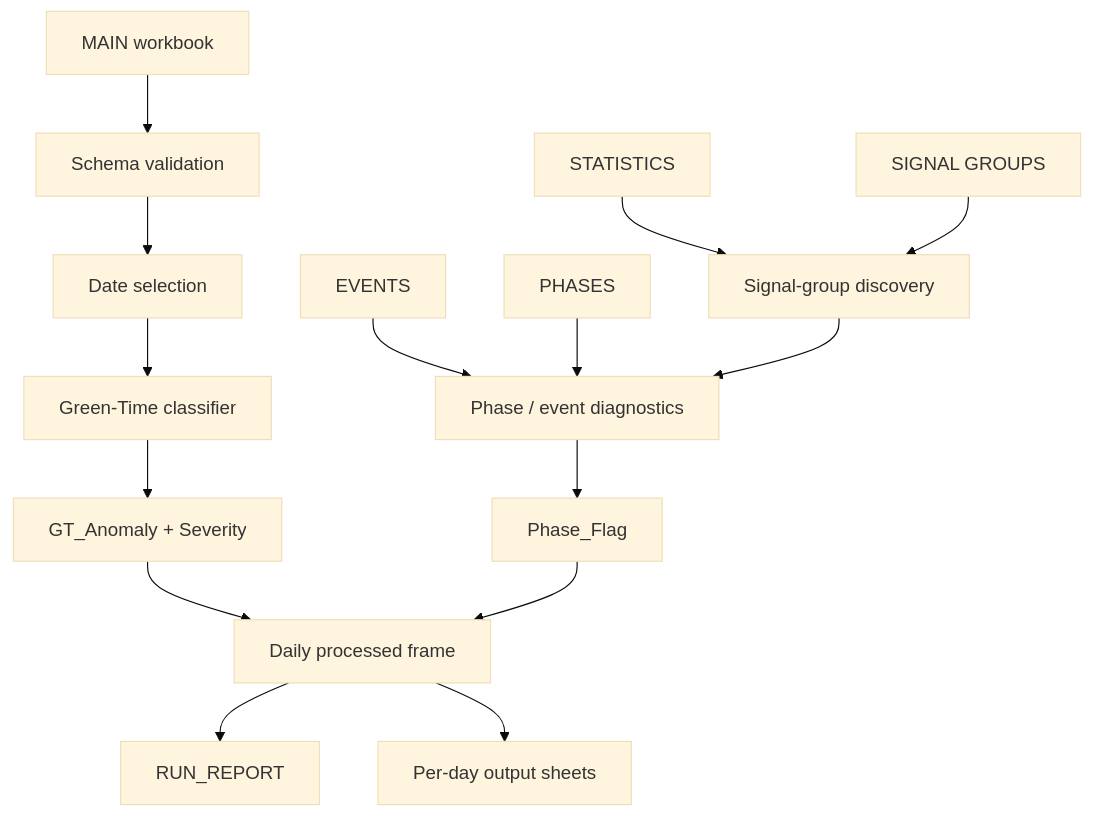
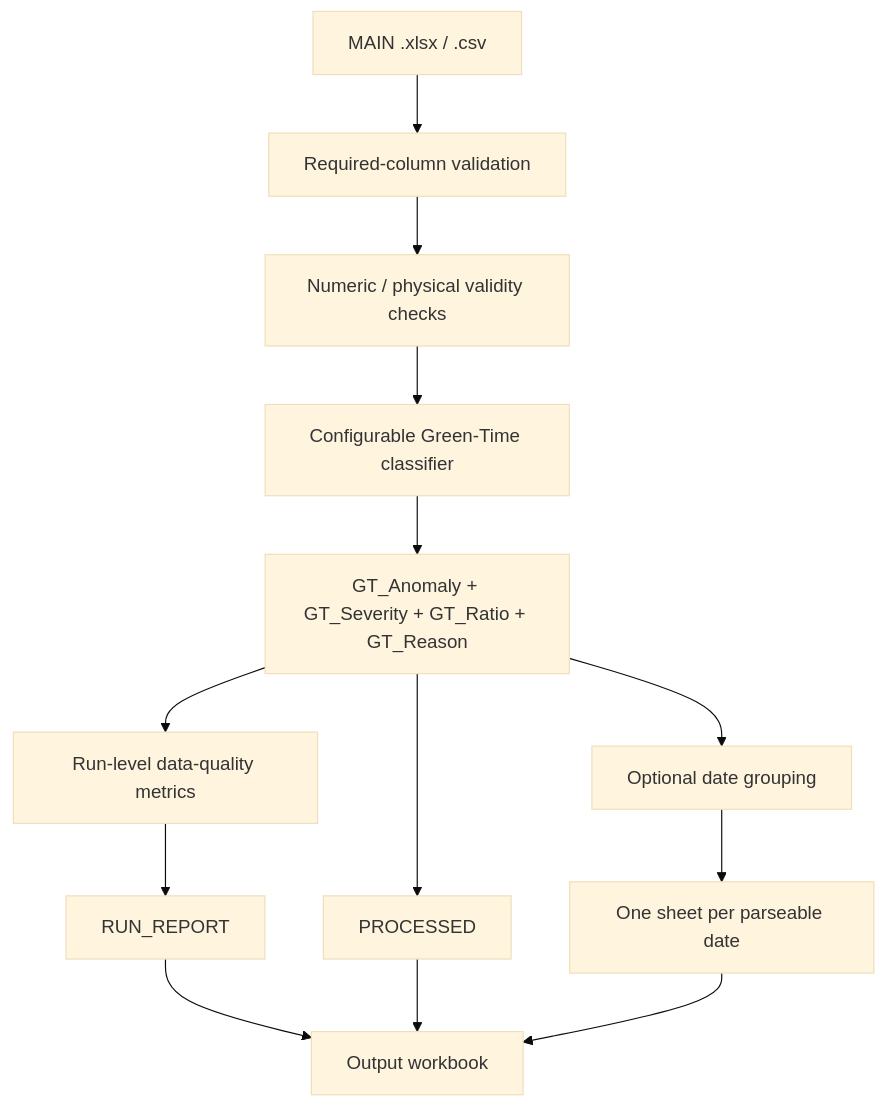
Before and after one commit to PerpsAkach/njdot-green-time-anomaly-detection: the diagram in README.md, drawn with Mermaid (base theme). The commit also changed other lines of this file, not shown here.

````diff
--- a/README.md
+++ b/README.md
@@ -37,19 +19,15 @@
 ```mermaid
 flowchart TD
-    A[MAIN workbook] --> B[Schema validation]
-    B --> C[Date selection]
-    C --> D[Green-Time classifier]
-    D --> E[GT_Anomaly + Severity]
-
-    F[EVENTS] --> G[Phase / event diagnostics]
-    H[PHASES] --> G
-    I[STATISTICS] --> J[Signal-group discovery]
-    K[SIGNAL GROUPS] --> J
-    J --> G
-    G --> L[Phase_Flag]
-
-    E --> M[Daily processed frame]
-    L --> M
-    M --> N[RUN_REPORT]
-    M --> O[Per-day output sheets]
+    A[MAIN .xlsx / .csv] --> B[Required-column validation]
+    B --> C[Numeric / physical validity checks]
+    C --> D[Configurable Green-Time classifier]
+    D --> E[GT_Anomaly + GT_Severity + GT_Ratio + GT_Reason]
+    E --> F[Run-level data-quality metrics]
+    E --> G[Optional date grouping]
+    F --> H[RUN_REPORT]
+    E --> I[PROCESSED]
+    G --> J[One sheet per parseable date]
+    H --> K[Output workbook]
+    I --> K
+    J --> K
 ```
````
